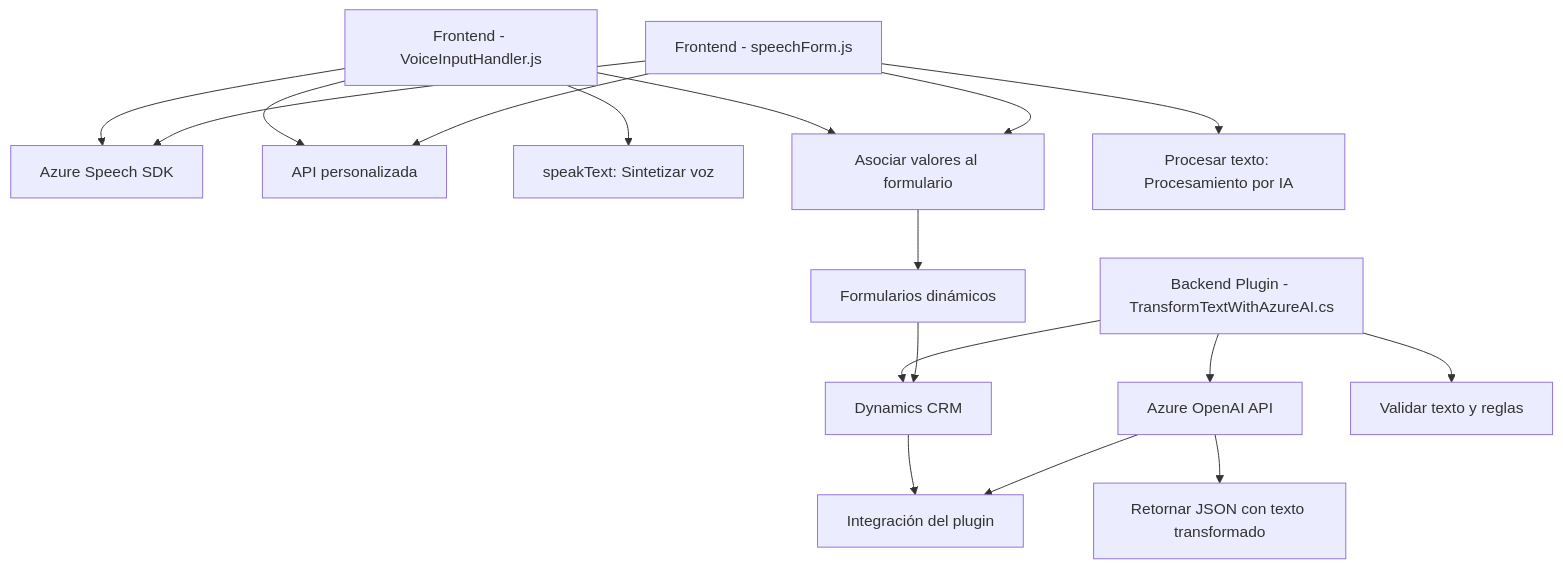
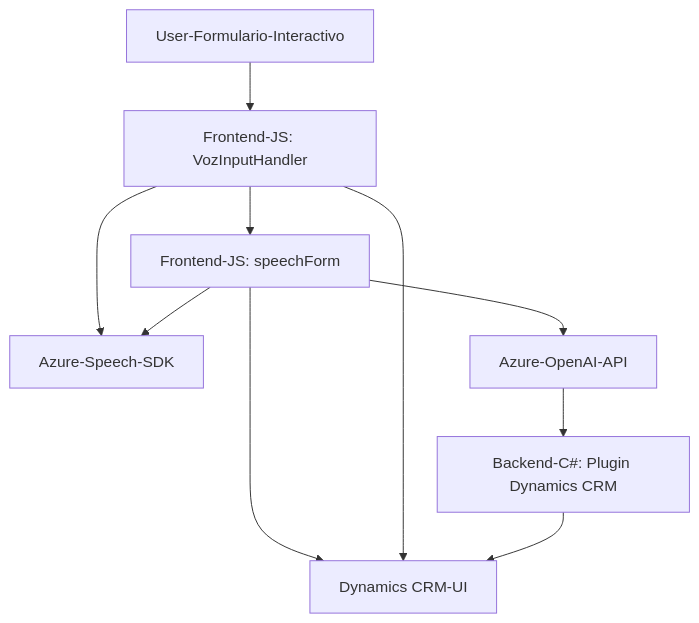
Before and after one commit to blopezdm/NETCORE_BILBAO2025: the diagram in README.md, drawn with Mermaid. The commit also changed other lines of this file, not shown here.

Commit message:
Actualizar análisis global de la solución con IA

````diff
--- a/README.md
+++ b/README.md
@@ -38,23 +47,20 @@
 ```mermaid
 graph TD
-    A["Frontend - VoiceInputHandler.js"] --> B["Azure Speech SDK"]
-    A --> C["API personalizada"]
-    A --> D["speakText: Sintetizar voz"]
-    A --> E["Procesar formulario"]
+    A["User-Formulario-Interactivo"]
+    B["Frontend-JS: VozInputHandler"]
+    C["Frontend-JS: speechForm"]
+    D["Backend-C#: Plugin Dynamics CRM"]
+    E["Azure-Speech-SDK"]
+    F["Azure-OpenAI-API"]
+    G["Dynamics CRM-UI"]
     
-    F["Frontend - speechForm.js"] --> B
-    F --> E["Asociar valores al formulario"]
-    F --> C["API personalizada"]
-    F --> G["Procesar texto: Procesamiento por IA"]
-
-    H["Backend Plugin - TransformTextWithAzureAI.cs"] --> I["Dynamics CRM (IPlugin)"]
-    H --> J["Azure OpenAI API"]
-    H --> K["Validar texto y reglas"]
-    J --> L["Retornar JSON con texto transformado"]
-
-    E --> M["Formularios dinámicos"]
-    M --> I["Dynamics CRM"]
-
-    I --> N["Integración del plugin"]
-    J --> N
+    A --> B
+    B --> C
+    B --> E
+    C --> E
+    C --> G
+    B --> G
+    C --> F
+    F --> D
+    D --> G
 ```
````
